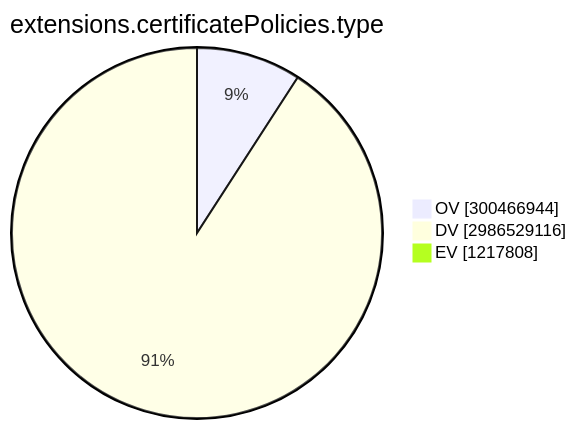
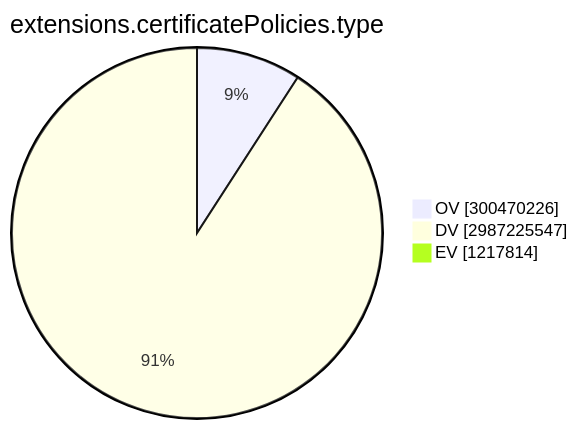
The ninth of 15 diagrams in TOTAL/README.md (christiankrug/ctmonitor_visualization), drawn with Mermaid before and after one commit. The commit also changed other lines of this file, not shown here.

````diff
--- a/TOTAL/README.md
+++ b/TOTAL/README.md
@@ -3102,7 +3102,7 @@
 ```mermaid
 pie showData
 title extensions.certificatePolicies.type
-"OV" :300466944
-"DV" :2986529116
-"EV" :1217808
+"OV" :300470226
+"DV" :2987225547
+"EV" :1217814
 ```
````
